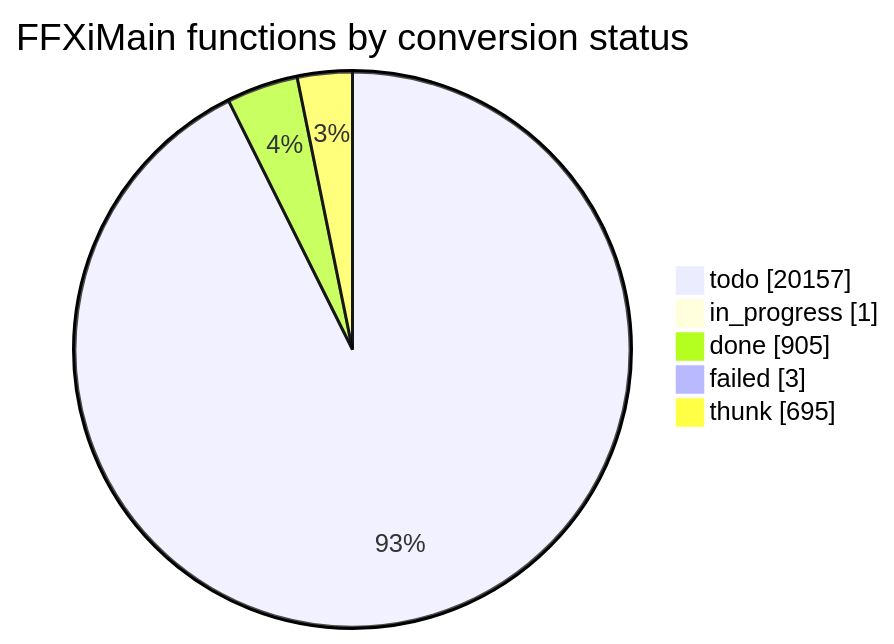
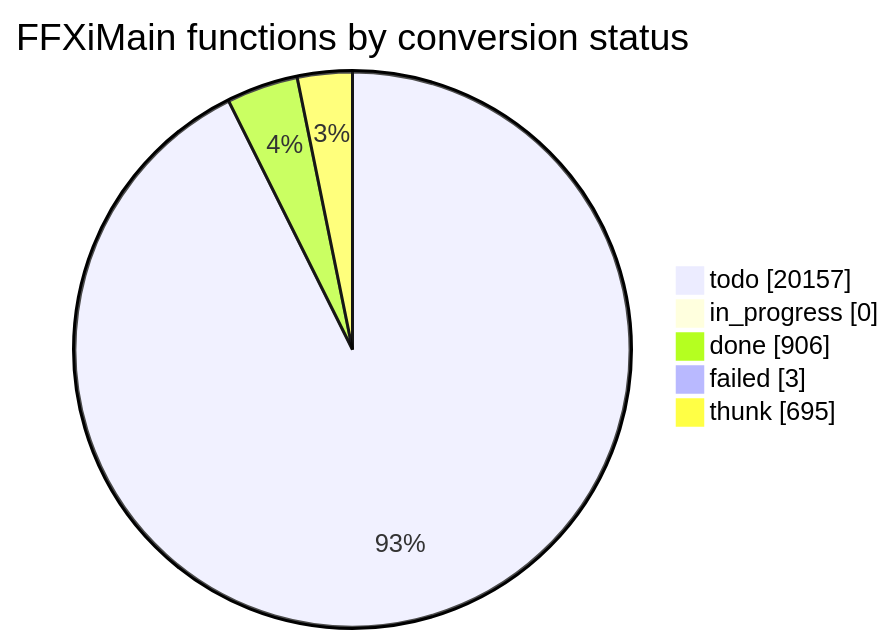
Before and after one commit to cowrevenge/cow_kuluu_xi_anything: the diagram in docs/cow/STATUS.md, drawn with Mermaid. The commit also changed other lines of this file and 9 other files, not shown here.

````diff
--- a/docs/cow/STATUS.md
+++ b/docs/cow/STATUS.md
@@ -18,9 +18,9 @@
 ```mermaid
 pie showData
     title FFXiMain functions by conversion status
     "todo" : 20157
-    "in_progress" : 1
-    "done" : 905
+    "in_progress" : 0
+    "done" : 906
     "failed" : 3
     "thunk" : 695
 ```
````
